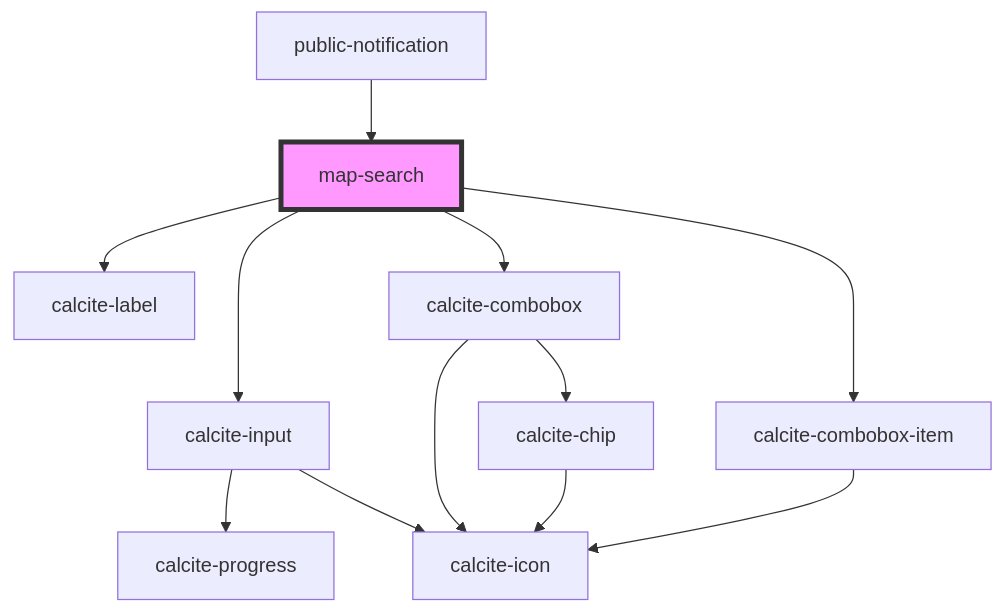
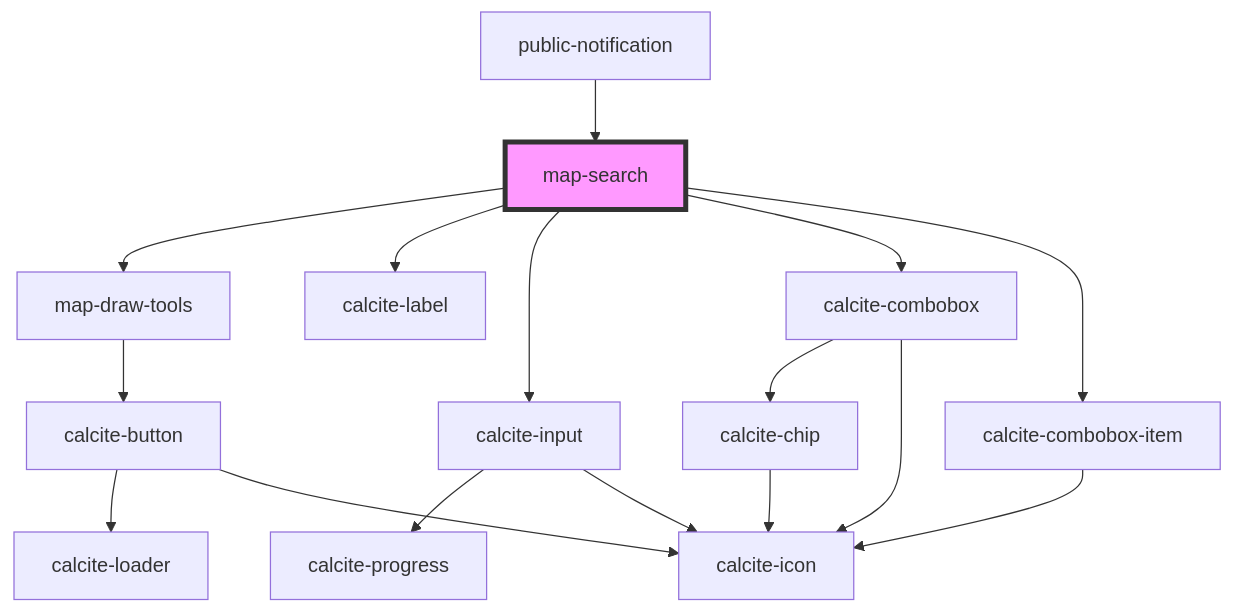
Before and after one commit to Esri/solutions-components: the diagram in src/components/map-search/readme.md, drawn with Mermaid. The commit also changed other lines of this file and 13 other files, not shown here.

````diff
--- a/src/components/map-search/readme.md
+++ b/src/components/map-search/readme.md
@@ -32,15 +33,19 @@
 ```mermaid
 graph TD;
+  map-search --> map-draw-tools
   map-search --> calcite-label
   map-search --> calcite-input
   map-search --> calcite-combobox
   map-search --> calcite-combobox-item
+  map-draw-tools --> calcite-button
+  calcite-button --> calcite-loader
+  calcite-button --> calcite-icon
   calcite-input --> calcite-progress
   calcite-input --> calcite-icon
   calcite-combobox --> calcite-chip
   calcite-combobox --> calcite-icon
   calcite-chip --> calcite-icon
   calcite-combobox-item --> calcite-icon
   public-notification --> map-search
   style map-search fill:#f9f,stroke:#333,stroke-width:4px
 ```
````
